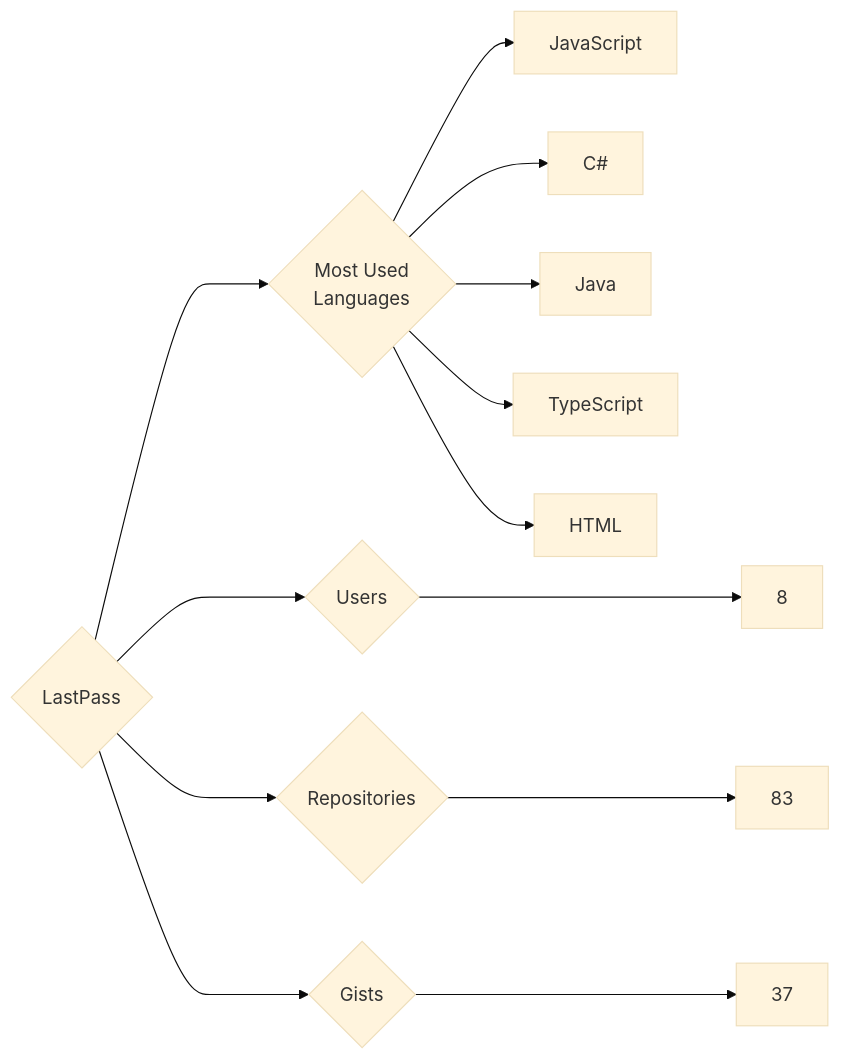
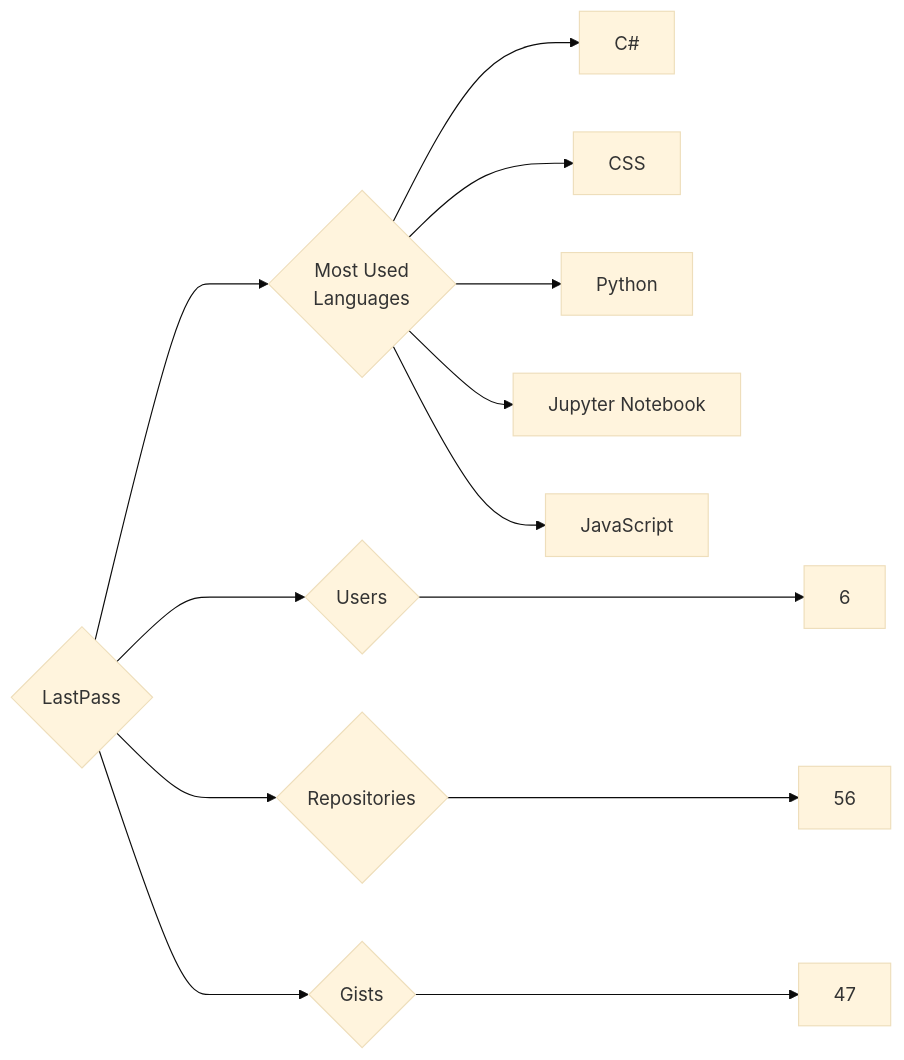
The diagram in targets/LastPass/README.md (trickest/insiders), drawn with Mermaid (base theme) before and after one commit. The commit also changed 895 other files, not shown here.

````diff
--- a/targets/LastPass/README.md
+++ b/targets/LastPass/README.md
@@ -3,13 +3,13 @@
 ```mermaid
 graph LR
 COMPANY_NAME{LastPass}
-COMPANY_NAME ---> U{Users} ---> UN[8]
-COMPANY_NAME ---> R{Repositories} ---> RN[83]
-COMPANY_NAME ---> G{Gists} ---> GN[37]
+COMPANY_NAME ---> U{Users} ---> UN[6]
+COMPANY_NAME ---> R{Repositories} ---> RN[56]
+COMPANY_NAME ---> G{Gists} ---> GN[47]
 COMPANY_NAME ---> ML{Most Used<br>Languages}
+ML --> C#[C#]
+ML --> CSS[CSS]
+ML --> Python[Python]
+ML --> Jupyter_Notebook[Jupyter Notebook]
 ML --> JavaScript[JavaScript]
-ML --> C#[C#]
-ML --> Java[Java]
-ML --> TypeScript[TypeScript]
-ML --> HTML[HTML]
 ```
````
